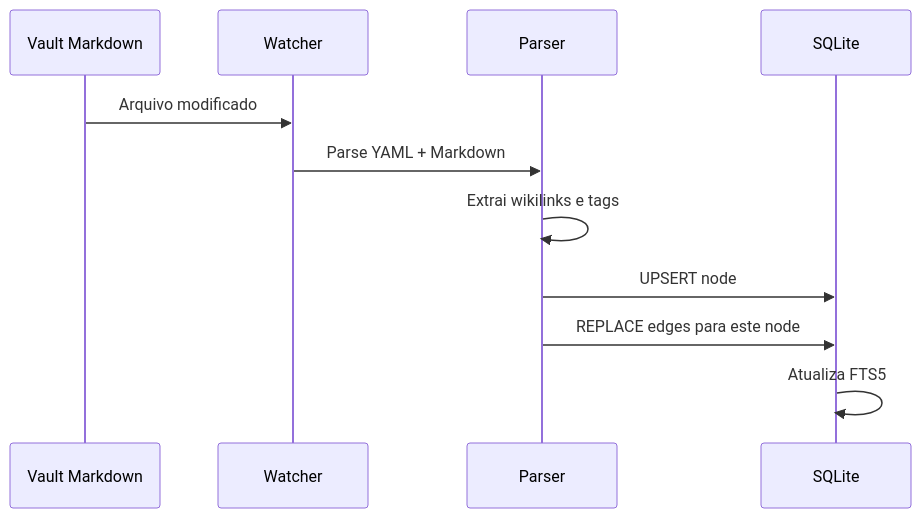
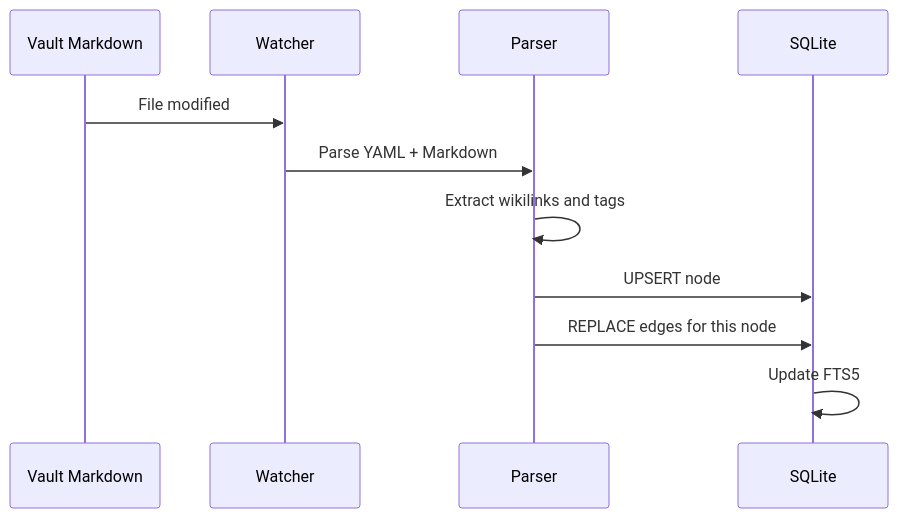
One commit to leonardo-moraes360/toolbelt changed the fourth of 17 diagrams in docs/arquitetura.md. Above: the diagram before and after it, drawn with Mermaid. The commit also changed other lines of this file and 9 other files, not shown here.

````diff
--- a/docs/arquitetura.md
+++ b/docs/arquitetura.md
@@ -280,14 +280,14 @@
 ```mermaid
 sequenceDiagram
     participant V as Vault Markdown
     participant W as Watcher
     participant P as Parser
     participant S as SQLite
 
-    V->>W: Arquivo modificado
+    V->>W: File modified
     W->>P: Parse YAML + Markdown
-    P->>P: Extrai wikilinks e tags
+    P->>P: Extract wikilinks and tags
     P->>S: UPSERT node
-    P->>S: REPLACE edges para este node
-    S->>S: Atualiza FTS5
+    P->>S: REPLACE edges for this node
+    S->>S: Update FTS5
 ```
````
